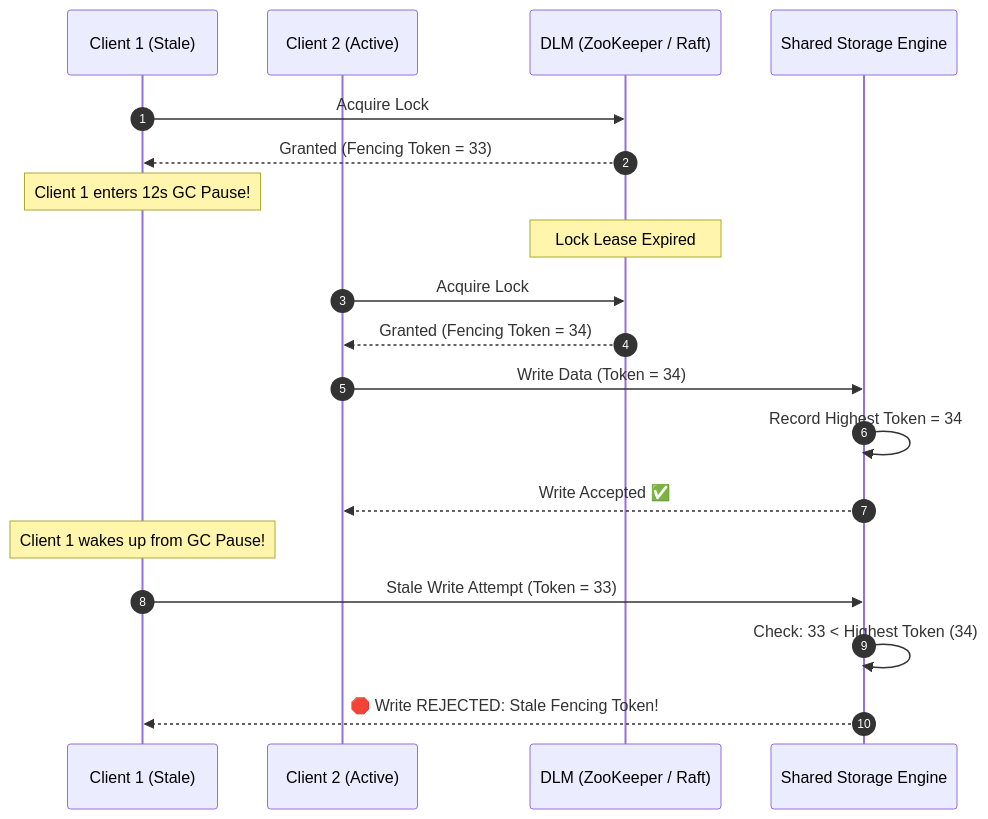
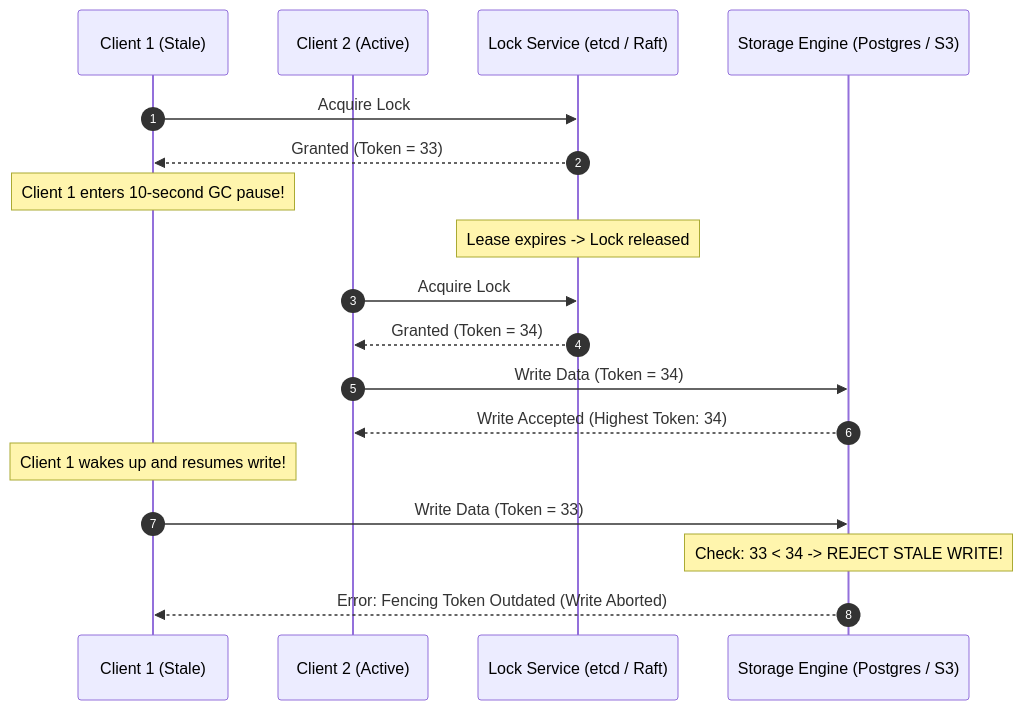
One commit to akmalkhaniub/akmalkhaniub.github.io changed the second of 2 diagrams in blog/posts/distributed-lock-managers-redlock-controversy-fencing-tokens.md. Above: the diagram before and after it, drawn with Mermaid. The commit also changed other lines of this file and 4 other files, not shown here.

Commit message:
refactor(blog): elevate narrative for cell-based architecture & distributed lock managers

````diff
--- a/blog/posts/distributed-lock-managers-redlock-controversy-fencing-tokens.md
+++ b/blog/posts/distributed-lock-managers-redlock-controversy-fencing-tokens.md
@@ -69,22 +66,23 @@
 ```mermaid
 sequenceDiagram
   autonumber
   participant C1 as Client 1 (Stale)
   participant C2 as Client 2 (Active)
-  participant Lock as DLM (ZooKeeper / Raft)
-  participant DB as Shared Storage Engine
+  participant Lock as Lock Service (etcd / Raft)
+  participant DB as Storage Engine (Postgres / S3)
 
   C1->>Lock: Acquire Lock
-  Lock-->>C1: Granted (Fencing Token = 33)
-  Note over C1: Client 1 enters 12s GC Pause!
-  Note over Lock: Lock Lease Expired
+  Lock-->>C1: Granted (Token = 33)
+  Note over C1: Client 1 enters 10-second GC pause!
+  Note over Lock: Lease expires -> Lock released
+  
   C2->>Lock: Acquire Lock
-  Lock-->>C2: Granted (Fencing Token = 34)
+  Lock-->>C2: Granted (Token = 34)
   C2->>DB: Write Data (Token = 34)
-  DB->>DB: Record Highest Token = 34
-  DB-->>C2: Write Accepted ✅
-  Note over C1: Client 1 wakes up from GC Pause!
-  C1->>DB: Stale Write Attempt (Token = 33)
-  DB->>DB: Check: 33 < Highest Token (34)
-  DB-->>C1: 🛑 Write REJECTED: Stale Fencing Token!
+  DB-->>C2: Write Accepted (Highest Token: 34)
+  
+  Note over C1: Client 1 wakes up and resumes write!
+  C1->>DB: Write Data (Token = 33)
+  Note over DB: Check: 33 < 34 -> REJECT STALE WRITE!
+  DB-->>C1: Error: Fencing Token Outdated (Write Aborted)
 ```
````
